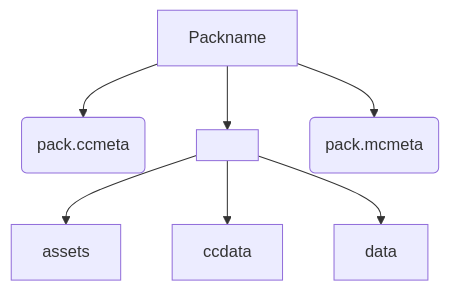
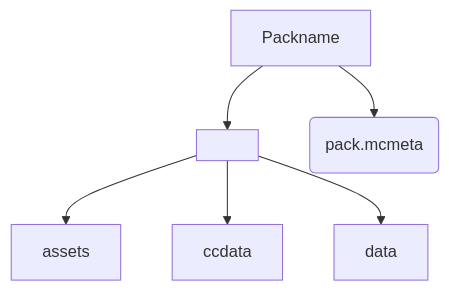
The first of 4 diagrams in docs/index.md (eggohito/CCPacks-Documentation), drawn with Mermaid before and after one commit.

````diff
--- a/docs/index.md
+++ b/docs/index.md
@@ -10,15 +10,14 @@
 ```mermaid
 graph TD
 A[Packname]
-A --> C(pack.ccmeta)
 A --> B[ ]
-A --> D(pack.mcmeta)
+A --> C(pack.mcmeta)
 
 B --> E[assets]
 
 
 B --> F[ccdata]
 
 
 B --> G[data]
 ```
````
